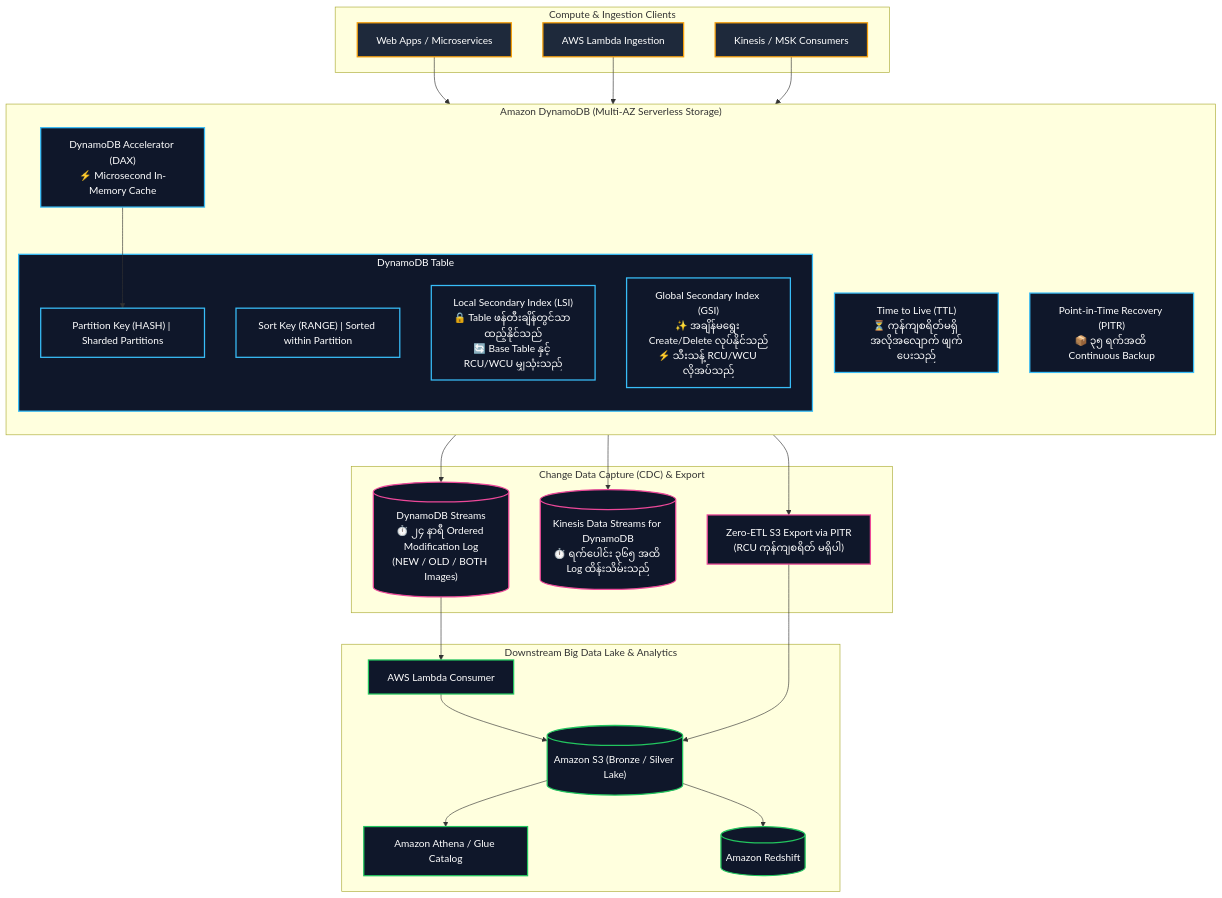
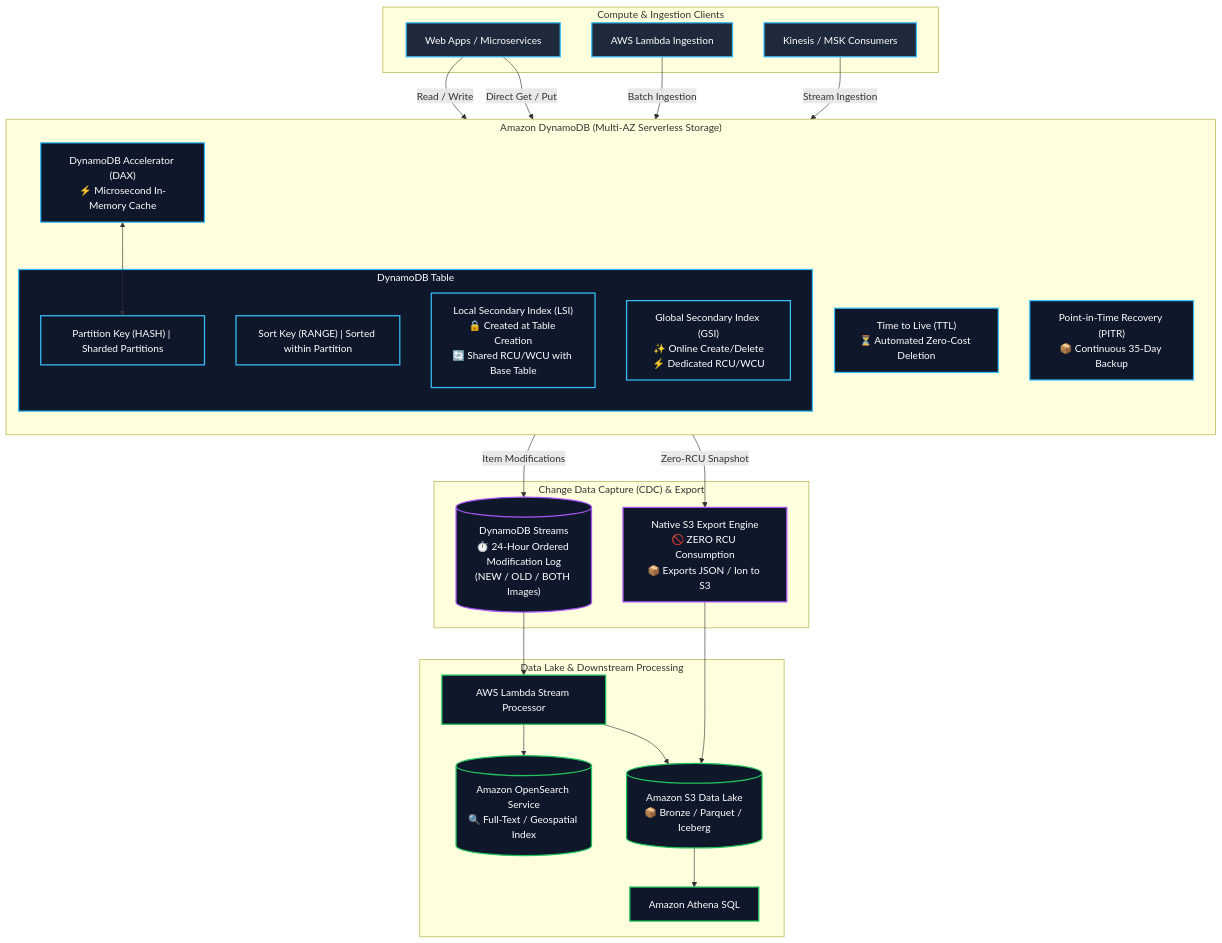
Before and after one commit to Wathon/aws-dea-c01-note: the first of 7 diagrams in content/mm/02-services/database/dynamodb.md, drawn with Mermaid. The commit also changed other lines of this file and 41 other files, not shown here.

````diff
--- a/content/mm/02-services/database/dynamodb.md
+++ b/content/mm/02-services/database/dynamodb.md
@@ -30,61 +38,61 @@
 ```mermaid
 graph TB
     subgraph ClientLayer["Compute & Ingestion Clients"]
         API["Web Apps / Microservices"]
         LambdaProducer["AWS Lambda Ingestion"]
         Streaming["Kinesis / MSK Consumers"]
     end
 
     subgraph DDBCluster["Amazon DynamoDB (Multi-AZ Serverless Storage)"]
         direction TB
         DAX["DynamoDB Accelerator (DAX)<br/>⚡ Microsecond In-Memory Cache"]
         
         subgraph TableStructure["DynamoDB Table"]
             PK["Partition Key (HASH) | Sharded Partitions"]
             SK["Sort Key (RANGE) | Sorted within Partition"]
-            LSI["Local Secondary Index (LSI)<br/>🔒 Table ဖန်တီးချိန်တွင်သာ ထည့်နိုင်သည်<br/>🔄 Base Table နှင့် RCU/WCU မျှသုံးသည်"]
-            GSI["Global Secondary Index (GSI)<br/>✨ အချိန်မရွေး Create/Delete လုပ်နိုင်သည်<br/>⚡ သီးသန့် RCU/WCU လိုအပ်သည်"]
+            LSI["Local Secondary Index (LSI)<br/>🔒 Created at Table Creation<br/>🔄 Shared RCU/WCU with Base Table"]
+            GSI["Global Secondary Index (GSI)<br/>✨ Online Create/Delete<br/>⚡ Dedicated RCU/WCU"]
         end
         
-        TTL["Time to Live (TTL)<br/>⏳ ကုန်ကျစရိတ်မရှိ အလိုအလျောက် ဖျက်ပေးသည်"]
-        PITR["Point-in-Time Recovery (PITR)<br/>📦 ၃၅ ရက်အထိ Continuous Backup"]
+        TTL["Time to Live (TTL)<br/>⏳ Automated Zero-Cost Deletion"]
+        PITR["Point-in-Time Recovery (PITR)<br/>📦 Continuous 35-Day Backup"]
     end
 
     subgraph CDC_Layer["Change Data Capture (CDC) & Export"]
-        DDBStreams[("DynamoDB Streams<br/>⏱️ ၂၄ နာရီ Ordered Modification Log<br/>(NEW / OLD / BOTH Images)")]
-        KinesisAdapter[("Kinesis Data Streams for DynamoDB<br/>⏱️ ရက်ပေါင်း ၃၆၅ အထိ Log ထိန်းသိမ်းသည်")]
-        S3Export["Zero-ETL S3 Export via PITR<br/>(RCU ကုန်ကျစရိတ် မရှိပါ)"]
+        DDBStreams[("DynamoDB Streams<br/>⏱️ 24-Hour Ordered Modification Log<br/>(NEW / OLD / BOTH Images)")]
+        S3Export["Native S3 Export Engine<br/>🚫 ZERO RCU Consumption<br/>📦 Exports JSON / Ion to S3"]
     end
 
-    subgraph DownstreamAnalytics["Downstream Big Data Lake & Analytics"]
-        LambdaConsumer["AWS Lambda Consumer"]
-        S3Lake[("Amazon S3 (Bronze / Silver Lake)")]
-        AthenaQuery["Amazon Athena / Glue Catalog"]
-        RedshiftDW[("Amazon Redshift")]
+    subgraph AnalyticsLake["Data Lake & Downstream Processing"]
+        LambdaConsumer["AWS Lambda Stream Processor"]
+        OpenSearch[("Amazon OpenSearch Service<br/>🔍 Full-Text / Geospatial Index")]
+        S3DataLake[("Amazon S3 Data Lake<br/>📦 Bronze / Parquet / Iceberg")]
+        AthenaQuery["Amazon Athena SQL"]
     end
 
-    API --> DAX
-    DAX --> PK
-    LambdaProducer --> PK
-    Streaming --> PK
+    API -->|"Read / Write"| DAX
+    LambdaProducer -->|"Batch Ingestion"| DAX
+    Streaming -->|"Stream Ingestion"| PK
+    DAX <--> PK
+    API -->|"Direct Get / Put"| PK
 
-    PK --> DDBStreams
-    PK --> KinesisAdapter
-    PITR --> S3Export
+    PK -->|"Item Modifications"| DDBStreams
+    PK -->|"Zero-RCU Snapshot"| S3Export
 
     DDBStreams --> LambdaConsumer
-    LambdaConsumer --> S3Lake
-    S3Export --> S3Lake
-    S3Lake --> AthenaQuery
-    S3Lake --> RedshiftDW
+    LambdaConsumer --> OpenSearch
+    LambdaConsumer --> S3DataLake
 
-    classDef client fill:#1e293b,stroke:#f59e0b,stroke-width:2px,color:#fff;
+    S3Export --> S3DataLake
+    S3DataLake --> AthenaQuery
+
+    classDef client fill:#1e293b,stroke:#38bdf8,stroke-width:2px,color:#fff;
     classDef ddb fill:#0f172a,stroke:#38bdf8,stroke-width:2px,color:#fff;
-    classDef cdc fill:#0f172a,stroke:#ec4899,stroke-width:2px,color:#fff;
-    classDef ana fill:#0f172a,stroke:#22c55e,stroke-width:2px,color:#fff;
+    classDef cdc fill:#0f172a,stroke:#a855f7,stroke-width:2px,color:#fff;
+    classDef lake fill:#0f172a,stroke:#22c55e,stroke-width:2px,color:#fff;
 
     class API,LambdaProducer,Streaming client;
     class DAX,TableStructure,PK,SK,LSI,GSI,TTL,PITR ddb;
-    class DDBStreams,KinesisAdapter,S3Export cdc;
-    class LambdaConsumer,S3Lake,AthenaQuery,RedshiftDW ana;
+    class DDBStreams,S3Export cdc;
+    class LambdaConsumer,OpenSearch,S3DataLake,AthenaQuery lake;
 ```
````
